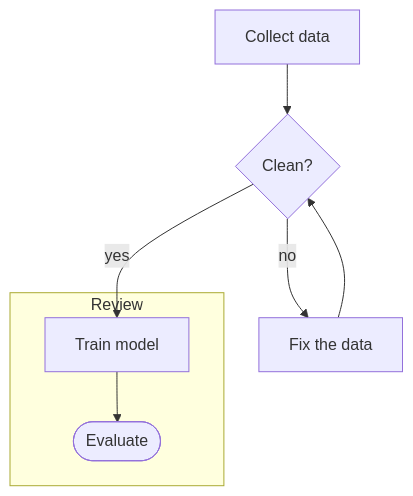
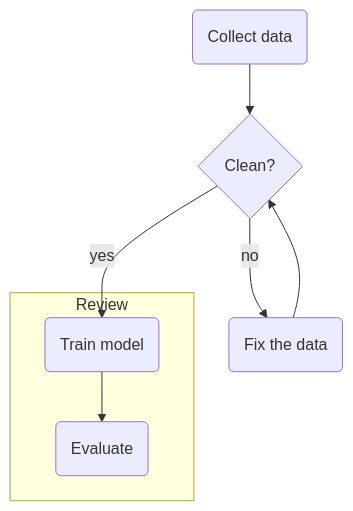
The diagram in skills/naiad/SKILL.md (Cleo8731/naiad), drawn with Mermaid before and after one commit. The commit also changed other lines of this file and 3 other files, not shown here.

````diff
--- a/skills/naiad/SKILL.md
+++ b/skills/naiad/SKILL.md
@@ -54,23 +54,23 @@
 ```mermaid
 flowchart TD
 %% @flowchart
 %% How a day's data gets from the warehouse to a trained model.
-    collect[Collect data] --> clean{Clean?}
-    clean -- yes --> train[Train model]
-    clean -- no --> fix[Fix the data]
+    collect(Collect data) --> clean{Clean?}
+    clean -- yes --> train(Train model)
+    clean -- no --> fix(Fix the data)
     fix --> clean
 
     subgraph review [Review]
-        train --> evaluate([Evaluate])
+        train --> evaluate(Evaluate)
     end
 
 %% @collect
 %% Pull the raw exports from the warehouse.
 %% .
 %% Descriptions are **Markdown**: lists, `code` and links all work.
 %% - one file per day
 %% - never edited by hand
 
 %% @clean
 %% Check for nulls and duplicates. Rows that fail go back to *Fix the data*.
 ```
````
